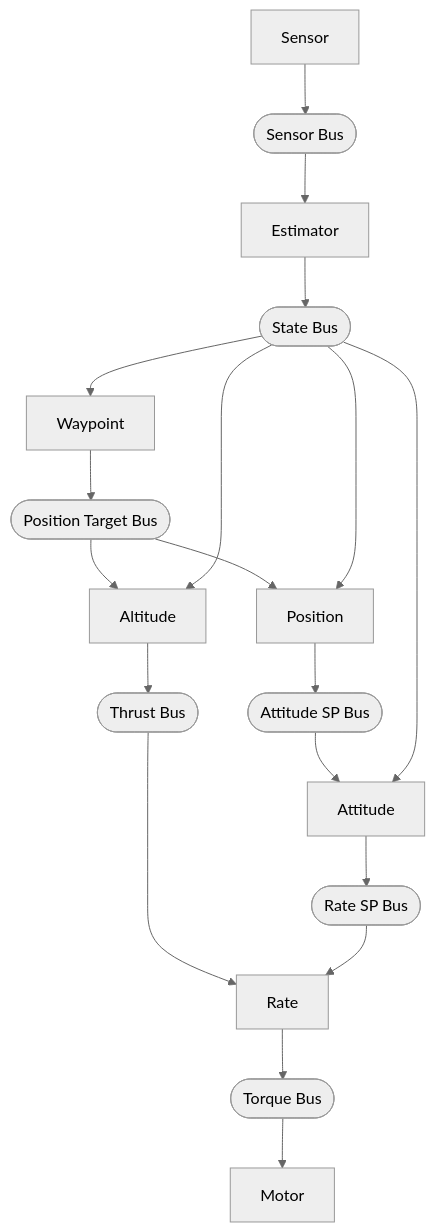
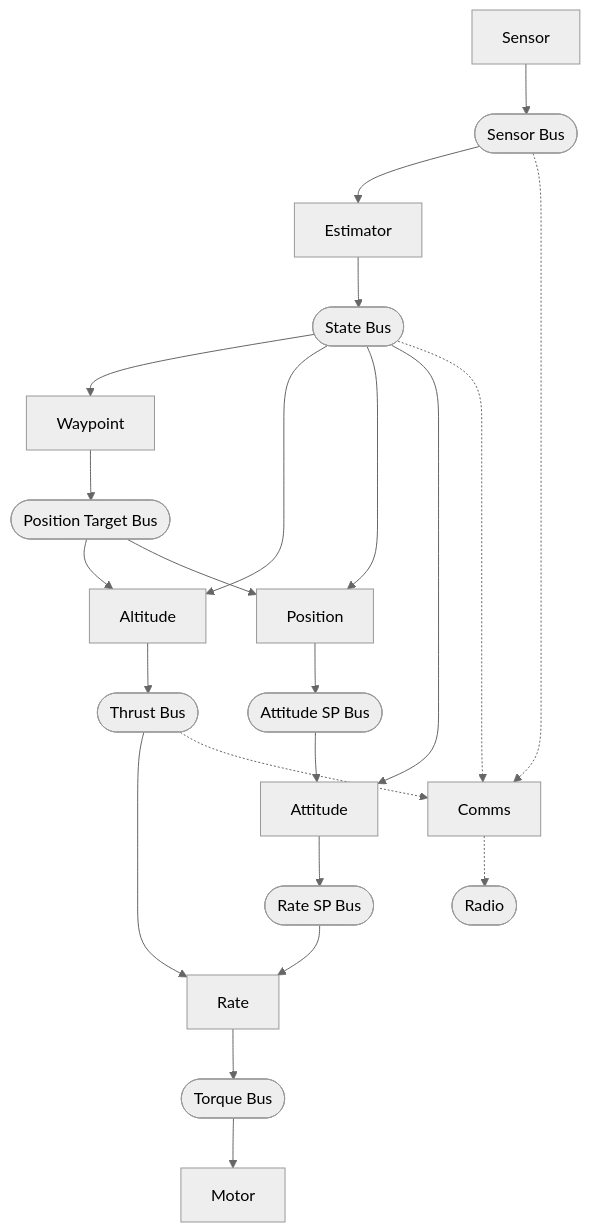
One commit to joagre/hive changed the diagram in examples/pilot/README.md. Above: the diagram before and after it, drawn with Mermaid (neutral theme). The commit also changed 1 other file, not shown here.

Commit message:
Add comms actor to architecture diagrams
Show telemetry path (comms actor) in all mermaid diagrams:
- README.md: Main architecture diagram
- SPEC.md: Architecture overview, data flow, and target architecture

Comms actor shown with dashed lines to indicate optional/telemetry path.
Subscribes to sensor, state, and thrust buses; outputs to radio via HAL.

````diff
--- a/examples/pilot/README.md
+++ b/examples/pilot/README.md
@@ -139,12 +139,17 @@
 ```mermaid
 graph TB
     Sensor[Sensor] --> SensorBus([Sensor Bus]) --> Estimator[Estimator] --> StateBus([State Bus])
 
     StateBus --> Waypoint[Waypoint] --> PositionTargetBus([Position Target Bus])
     PositionTargetBus --> Altitude[Altitude] --> ThrustBus([Thrust Bus]) --> Rate[Rate]
     PositionTargetBus --> Position[Position]
     StateBus --> Altitude
     StateBus --> Position --> AttitudeSP([Attitude SP Bus]) --> Attitude[Attitude]
     StateBus --> Attitude --> RateSP([Rate SP Bus]) --> Rate
     Rate --> TorqueBus([Torque Bus]) --> Motor[Motor]
+
+    SensorBus -.-> Comms[Comms]
+    StateBus -.-> Comms
+    ThrustBus -.-> Comms
+    Comms -.-> Radio([Radio])
 ```
````
